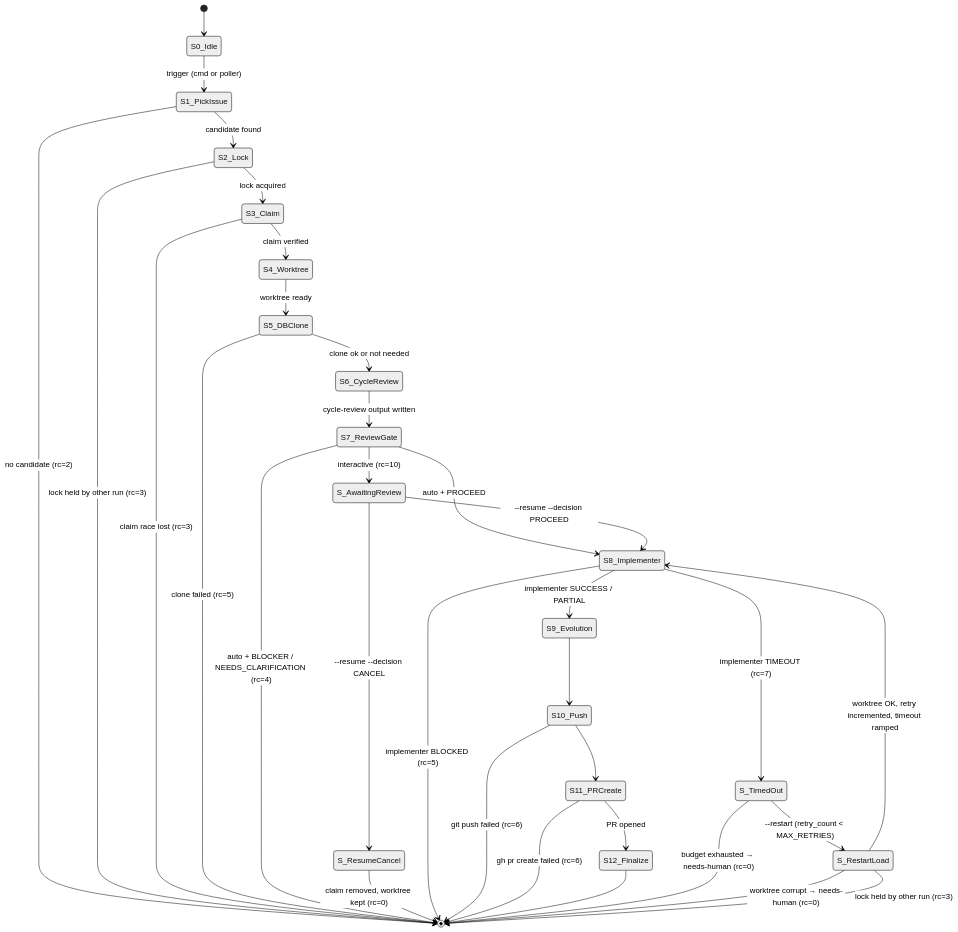
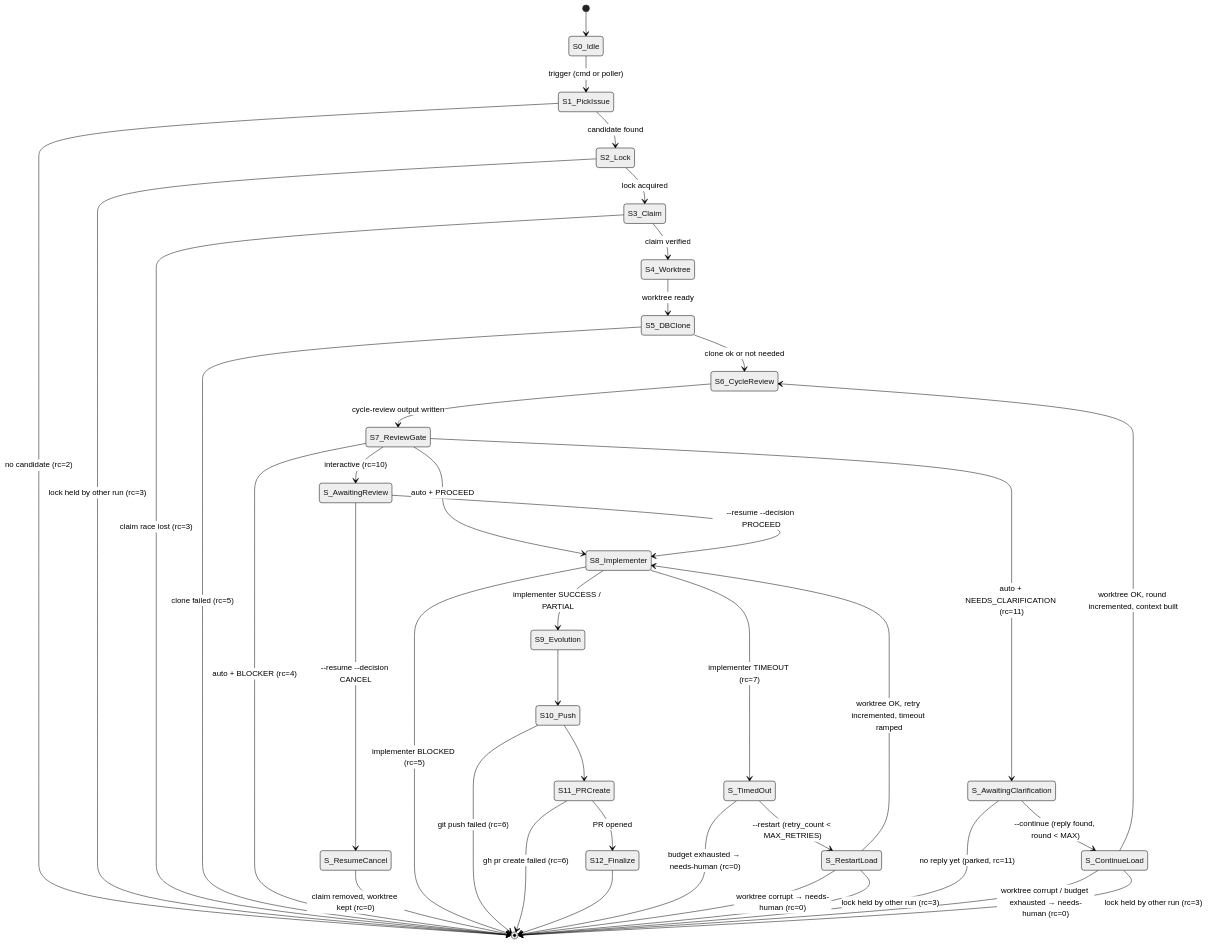
Before and after one commit to Silon-Oy/silon-issue-runner: the diagram in docs/diagrams/run-issues-state-machine.mmd, drawn with Mermaid (neutral theme). The commit also changed 11 other files, not shown here.

```diff
--- a/docs/diagrams/run-issues-state-machine.mmd
+++ b/docs/diagrams/run-issues-state-machine.mmd
@@ -1,69 +1,88 @@
 %% /run-issues orchestrator — state machine
 %% Source of truth for orchestrate.sh control flow. Update both together.
 %%
 %% Two-phase resume-capable machine:
 %%   Phase A (S1..S6) runs from start. Review gate (S7) either decides
 %%   automatically (RUN_ISSUES_AUTO=1) and continues to Phase B in the
 %%   same invocation, or exits 10 ("awaiting_review") preserving lock +
 %%   claim + worktree. A separate --resume <run-dir> --decision
 %%   PROCEED|CANCEL invocation jumps to Phase B (S8..S12) or to
 %%   resume_cancel.
 stateDiagram-v2
     [*] --> S0_Idle
 
     %% ----- Phase A: pick → cycle-review -----
     S0_Idle --> S1_PickIssue: trigger (cmd or poller)
     S1_PickIssue --> S2_Lock: candidate found
     S1_PickIssue --> [*]: no candidate (rc=2)
 
     S2_Lock --> S3_Claim: lock acquired
     S2_Lock --> [*]: lock held by other run (rc=3)
 
     S3_Claim --> S4_Worktree: claim verified
     S3_Claim --> [*]: claim race lost (rc=3)
 
     S4_Worktree --> S5_DBClone: worktree ready
     S5_DBClone --> S6_CycleReview: clone ok or not needed
     S5_DBClone --> [*]: clone failed (rc=5)
 
     %% S6_CycleReview merges the GoodReason Strategist (Σ/χ) and Architect
     %% (β/τ) roles into one prompt (prompts/01-cycle-review.md) — there is no
     %% separate Architect call. Deliberate simplification; see CLAUDE.md.
     S6_CycleReview --> S7_ReviewGate: cycle-review output written
 
     %% ----- Review gate: auto resolves in-process; interactive exits 10 -----
     S7_ReviewGate --> S8_Implementer: auto + PROCEED
-    S7_ReviewGate --> [*]: auto + BLOCKER / NEEDS_CLARIFICATION (rc=4)
+    S7_ReviewGate --> [*]: auto + BLOCKER (rc=4)
+    S7_ReviewGate --> S_AwaitingClarification: auto + NEEDS_CLARIFICATION (rc=11)
     S7_ReviewGate --> S_AwaitingReview: interactive (rc=10)
 
     %% ----- Resume entry from awaiting_review -----
     S_AwaitingReview --> S8_Implementer: --resume --decision PROCEED
     S_AwaitingReview --> S_ResumeCancel: --resume --decision CANCEL
     S_ResumeCancel --> [*]: claim removed, worktree kept (rc=0)
 
     %% ----- Phase B: implementer → PR -----
     S8_Implementer --> S9_Evolution: implementer SUCCESS / PARTIAL
     S8_Implementer --> [*]: implementer BLOCKED (rc=5)
     %% Timeout (claude rc=124, or a hard-kill caught by the cleanup trap):
     %% finalize status=timed_out + timeout_phase=S8_Implementer, exit 7. The
     %% per-run current_state field (written by enter_state at every step) is the
     %% durable record the trap reads to detect a non-terminal S8.
     S8_Implementer --> S_TimedOut: implementer TIMEOUT (rc=7)
     S9_Evolution --> S10_Push
     S10_Push --> S11_PRCreate
     S10_Push --> [*]: git push failed (rc=6)
     S11_PRCreate --> S12_Finalize: PR opened
     S11_PRCreate --> [*]: gh pr create failed (rc=6)
     S12_Finalize --> [*]
 
     %% ----- Timeout auto-restart loop -----
     %% A timed_out run is picked up by poller.sh's scan_timed_out (or a manual
     %% --restart) and re-enters Phase B with a ramped, capped timeout
     %% (base*(1+retry_count), cap RUN_ISSUES_CLAUDE_TIMEOUT_MAX). retry_count is
     %% incremented BEFORE the claude call so the spend is durable under the lock.
     %% Restart skips pick/claim — the lock + GitHub assignee persist.
     S_TimedOut --> S_RestartLoad: --restart (retry_count < MAX_RETRIES)
     S_TimedOut --> [*]: budget exhausted → needs-human (rc=0)
     S_RestartLoad --> S8_Implementer: worktree OK, retry incremented, timeout ramped
     S_RestartLoad --> [*]: worktree corrupt → needs-human (rc=0)
     S_RestartLoad --> [*]: lock held by other run (rc=3)
+
+    %% ----- Clarification answer-and-continue loop -----
+    %% NEEDS_CLARIFICATION parks the run as status=awaiting_clarification (rc=11):
+    %% lock released, GitHub assignee + waiting label kept. The situation comment
+    %% embeds an awaiting-answer marker (ts). poller.sh's scan_answered (host gate,
+    %% round < MAX_CLARIFICATIONS) detects maintainer's reply by timestamp (detect_answer:
+    %% createdAt > marker ts AND body lacks the run-issues: token) and launches
+    %% orchestrate.sh --continue <run-dir> in a run-issues-continue-<issue> session.
+    %% --continue re-runs S6 (run_cycle_review) with CLARIFICATION_CONTEXT built from
+    %% the reply; clarification_round is incremented BEFORE the claude call.
+    S_AwaitingClarification --> S_ContinueLoad: --continue (reply found, round < MAX)
+    S_AwaitingClarification --> [*]: no reply yet (parked, rc=11)
+    S_ContinueLoad --> S6_CycleReview: worktree OK, round incremented, context built
+    S_ContinueLoad --> [*]: worktree corrupt / budget exhausted → needs-human (rc=0)
+    S_ContinueLoad --> [*]: lock held by other run (rc=3)
+    %% Re-run outcomes feed straight back through S7_ReviewGate:
+    %%   PROCEED → remove waiting label → Phase B; still NEEDS_CLARIFICATION →
+    %%   re-park (round+1, rc=11); BLOCKER → needs-human (rc=4, no loop).
```
